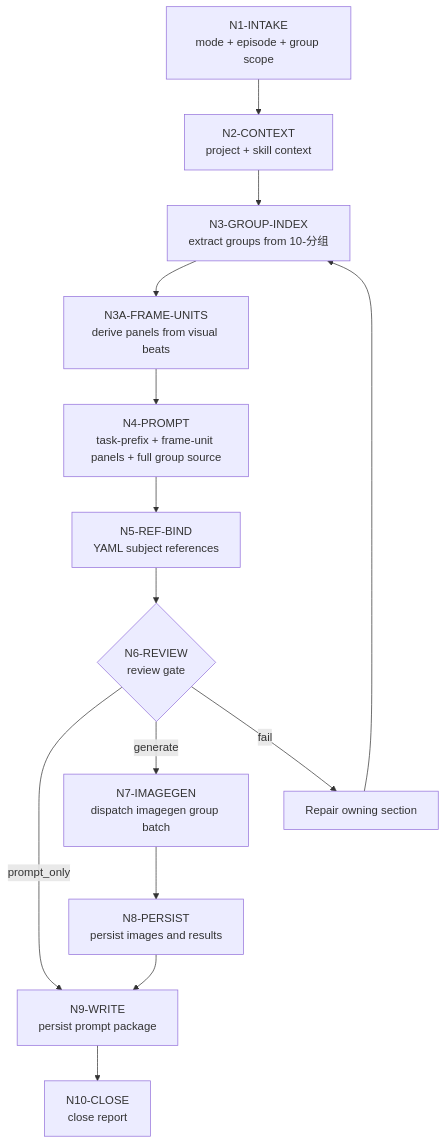
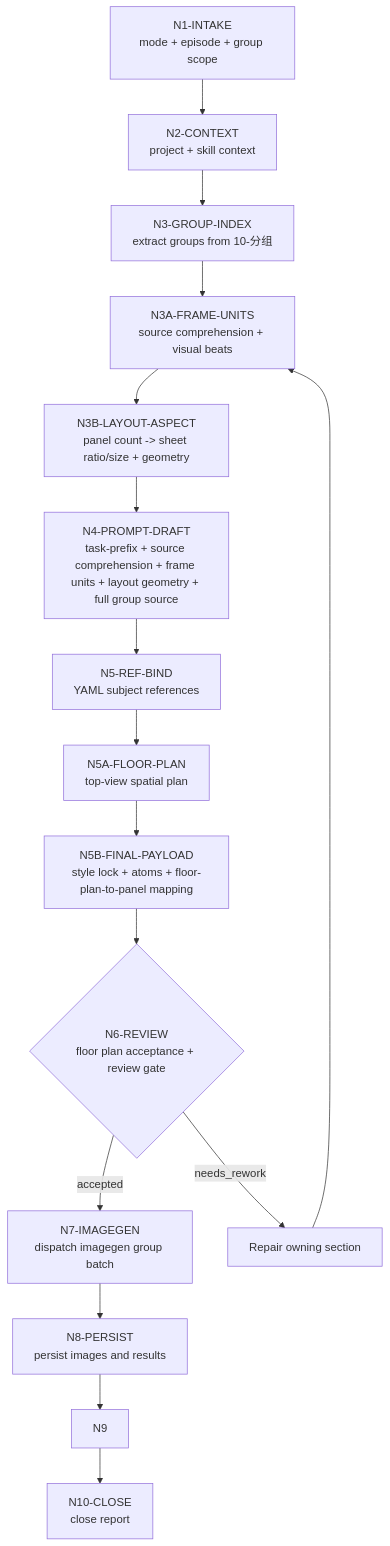
One commit to ZEN-VOID/AI-CUT changed the diagram in .agents/skills/aigc/12-图像/分镜故事板/steps/storyboard-sheet-workflow.md. Above: the diagram before and after it, drawn with Mermaid. The commit also changed other lines of this file and 290 other files, not shown here.

````diff
--- a/.agents/skills/aigc/12-图像/分镜故事板/steps/storyboard-sheet-workflow.md
+++ b/.agents/skills/aigc/12-图像/分镜故事板/steps/storyboard-sheet-workflow.md
@@ -7,16 +7,18 @@
 ```mermaid
 flowchart TD
     N1["N1-INTAKE<br/>mode + episode + group scope"] --> N2["N2-CONTEXT<br/>project + skill context"]
     N2 --> N3["N3-GROUP-INDEX<br/>extract groups from 10-分组"]
-    N3 --> N3A["N3A-FRAME-UNITS<br/>derive panels from visual beats"]
-    N3A --> N4["N4-PROMPT<br/>task-prefix + frame-unit panels + full group source"]
+    N3 --> N3A["N3A-FRAME-UNITS<br/>source comprehension + visual beats"]
+    N3A --> N3B["N3B-LAYOUT-ASPECT<br/>panel count -> sheet ratio/size + geometry"]
+    N3B --> N4["N4-PROMPT-DRAFT<br/>task-prefix + source comprehension + frame units + layout geometry + full group source"]
     N4 --> N5["N5-REF-BIND<br/>YAML subject references"]
-    N5 --> N6{"N6-REVIEW<br/>review gate"}
-    N6 -->|"prompt_only"| N9["N9-WRITE<br/>persist prompt package"]
-    N6 -->|"generate"| N7["N7-IMAGEGEN<br/>dispatch imagegen group batch"]
+    N5 --> N5A["N5A-FLOOR-PLAN<br/>top-view spatial plan"]
+    N5A --> N5B["N5B-FINAL-PAYLOAD<br/>style lock + atoms + floor-plan-to-panel mapping"]
+    N5B --> N6{"N6-REVIEW<br/>floor plan acceptance + review gate"}
+    N6 -->|"accepted"| N7["N7-IMAGEGEN<br/>dispatch imagegen group batch"]
     N7 --> N8["N8-PERSIST<br/>persist images and results"]
     N8 --> N9
-    N6 -->|"fail"| R["Repair owning section"]
-    R --> N3
+    N6 -->|"needs_rework"| R["Repair owning section"]
+    R --> N3A
     N9 --> N10["N10-CLOSE<br/>close report"]
 ```
````
